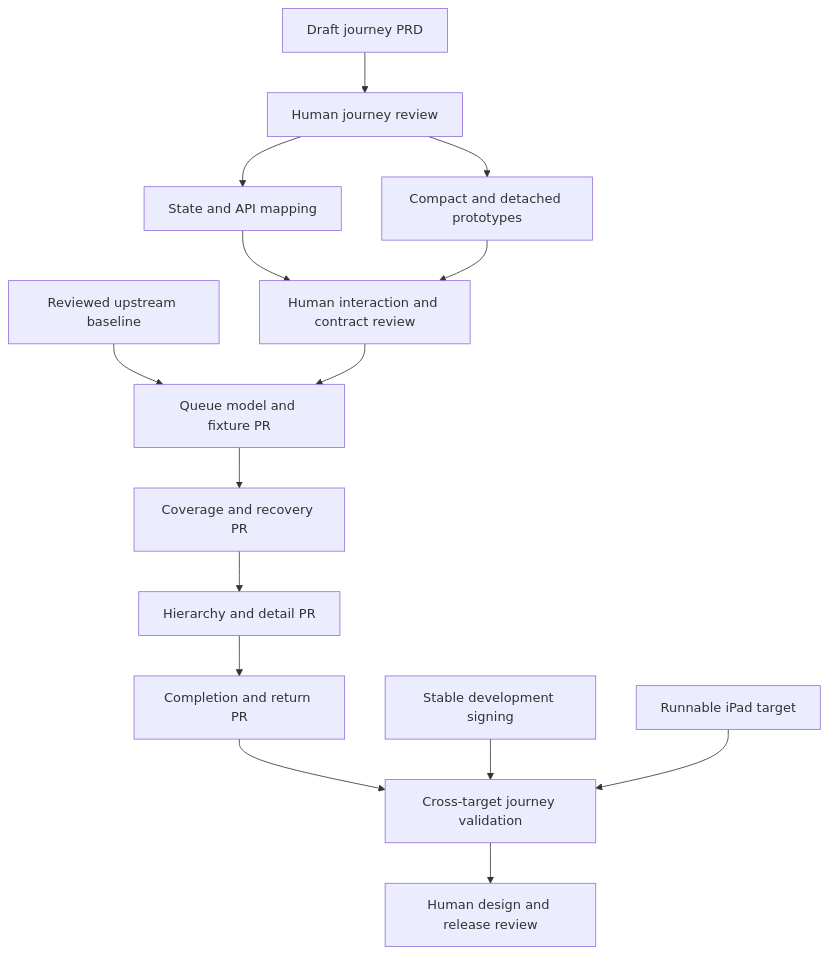
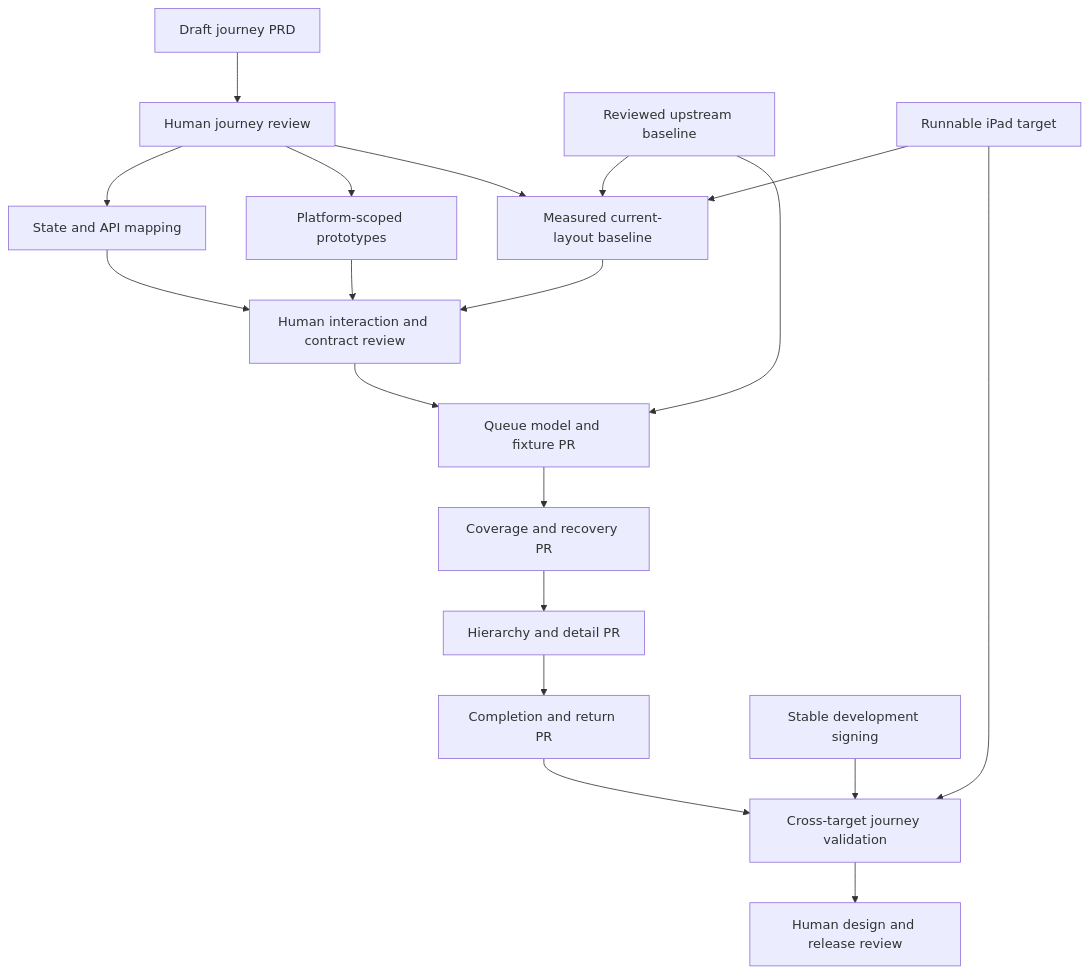
The second of 2 diagrams in docs-cms/rfcs/rfc-014-dashboard-journey-staged-delivery.md (jrepp/hermit), drawn with Mermaid before and after one commit. The commit also changed other lines of this file and 2 other files, not shown here.

First line of the commit message:
docs(dashboard): enforce release, platform and baseline gates

````diff
--- a/docs-cms/rfcs/rfc-014-dashboard-journey-staged-delivery.md
+++ b/docs-cms/rfcs/rfc-014-dashboard-journey-staged-delivery.md
@@ -93,17 +93,21 @@
 ```mermaid
 flowchart TD
     D1[Draft journey PRD] --> R1[Human journey review]
     R1 --> D2[State and API mapping]
-    R1 --> D3[Compact and detached prototypes]
+    R1 --> D3[Platform-scoped prototypes]
+    R1 --> M0[Measured current-layout baseline]
+    B0 --> M0
+    O2[Runnable iPad target] --> M0
     D2 --> R2[Human interaction and contract review]
     D3 --> R2
+    M0 --> R2
     B0[Reviewed upstream baseline] --> P1[Queue model and fixture PR]
     R2 --> P1
     P1 --> P2[Coverage and recovery PR]
     P2 --> P3[Hierarchy and detail PR]
     P3 --> P4[Completion and return PR]
     P4 --> V1[Cross-target journey validation]
     O1[Stable development signing] --> V1
-    O2[Runnable iPad target] --> V1
+    O2 --> V1
     V1 --> R3[Human design and release review]
 ```
````
